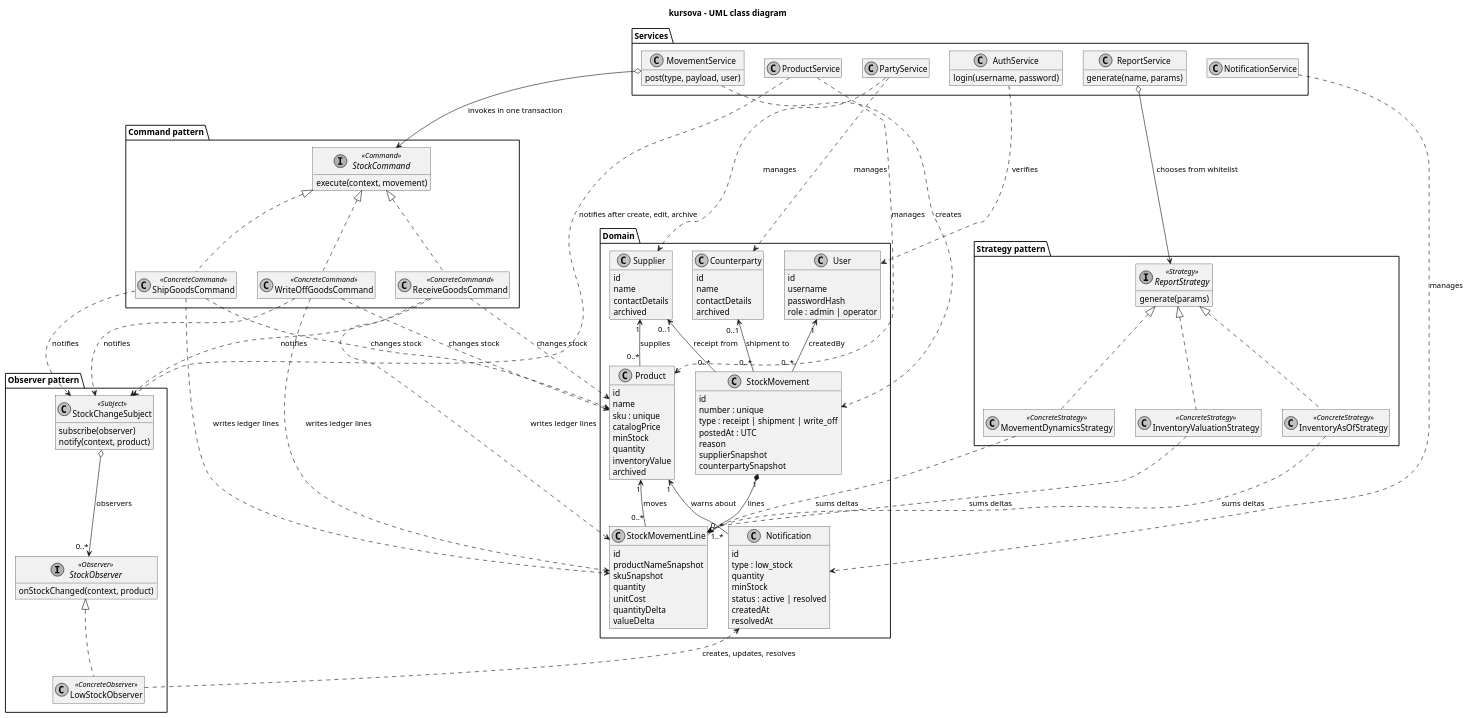
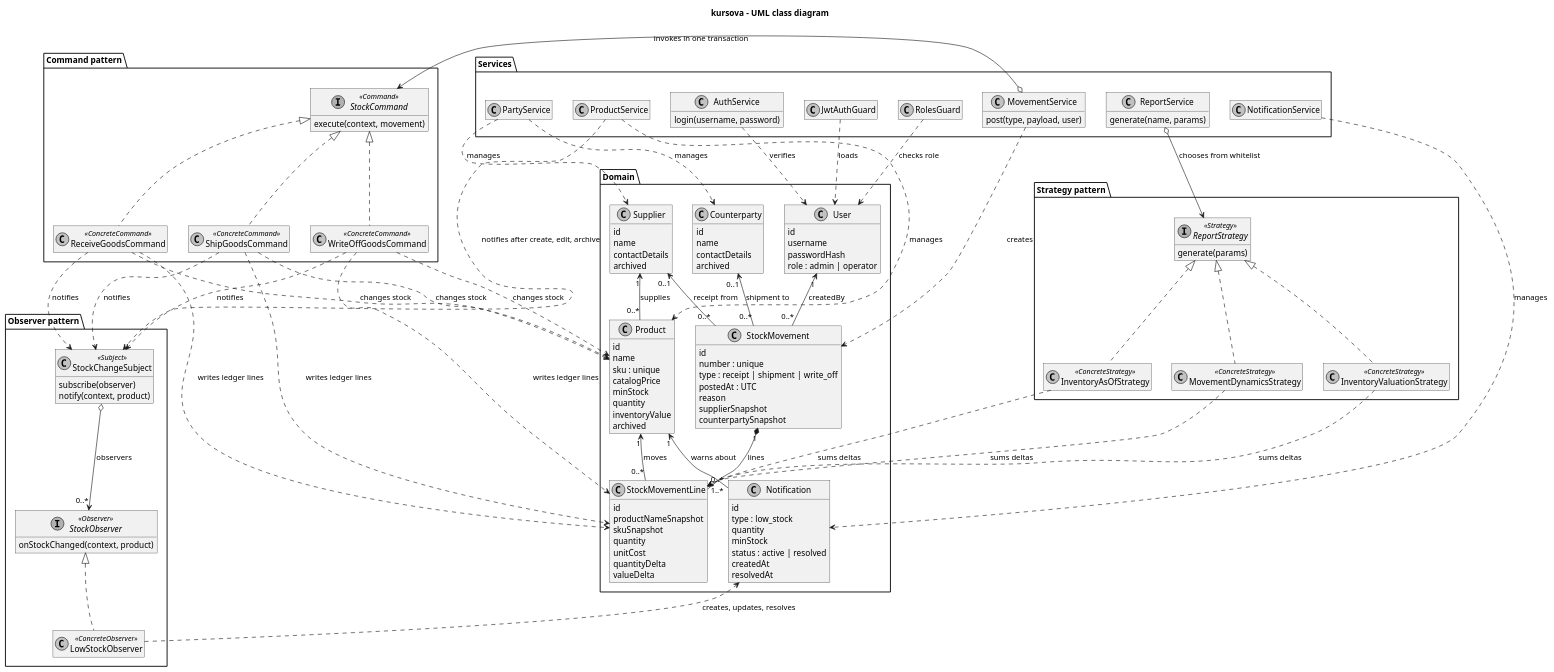
One commit to iboiko-ir/kursova-var2 changed the diagram in docs/diagrams/class-diagram.puml. Above: the diagram before and after it, drawn with PlantUML. The commit also changed 2 other files, not shown here.

Commit message:
docs: document demo accounts and tests, update class diagram

```diff
--- a/docs/diagrams/class-diagram.puml
+++ b/docs/diagrams/class-diagram.puml
@@ -1,158 +1,162 @@
 @startuml class-diagram
 title kursova - UML class diagram
 skinparam shadowing false
 skinparam monochrome true
 skinparam roundCorner 0
 skinparam classAttributeIconSize 0
 hide empty members
 
 package "Domain" {
   class User {
     id
     username
     passwordHash
     role : admin | operator
   }
 
   class Supplier {
     id
     name
     contactDetails
     archived
   }
 
   class Counterparty {
     id
     name
     contactDetails
     archived
   }
 
   class Product {
     id
     name
     sku : unique
     catalogPrice
     minStock
     quantity
     inventoryValue
     archived
   }
 
   class StockMovement {
     id
     number : unique
     type : receipt | shipment | write_off
     postedAt : UTC
     reason
     supplierSnapshot
     counterpartySnapshot
   }
 
   class StockMovementLine {
     id
     productNameSnapshot
     skuSnapshot
     quantity
     unitCost
     quantityDelta
     valueDelta
   }
 
   class Notification {
     id
     type : low_stock
     quantity
     minStock
     status : active | resolved
     createdAt
     resolvedAt
   }
 }
 
 User "1" <-- "0..*" StockMovement : createdBy
 Supplier "1" <-- "0..*" Product : supplies
 Supplier "0..1" <-- "0..*" StockMovement : receipt from
 Counterparty "0..1" <-- "0..*" StockMovement : shipment to
 StockMovement "1" *-- "1..*" StockMovementLine : lines
 Product "1" <-- "0..*" StockMovementLine : moves
 Product "1" <-- "0..*" Notification : warns about
 
 package "Services" {
   class AuthService {
     login(username, password)
   }
+  class JwtAuthGuard
+  class RolesGuard
   class ProductService
   class PartyService
   class MovementService {
     post(type, payload, user)
   }
   class NotificationService
   class ReportService {
     generate(name, params)
   }
 }
 
 MovementService ..> StockMovement : creates
 ProductService ..> Product : manages
 PartyService ..> Supplier : manages
 PartyService ..> Counterparty : manages
 NotificationService ..> Notification : manages
 AuthService ..> User : verifies
+JwtAuthGuard ..> User : loads
+RolesGuard ..> User : checks role
 
 package "Command pattern" {
   interface StockCommand <<Command>> {
     execute(context, movement)
   }
   class ReceiveGoodsCommand <<ConcreteCommand>>
   class ShipGoodsCommand <<ConcreteCommand>>
   class WriteOffGoodsCommand <<ConcreteCommand>>
 }
 
 StockCommand <|.. ReceiveGoodsCommand
 StockCommand <|.. ShipGoodsCommand
 StockCommand <|.. WriteOffGoodsCommand
 MovementService o--> StockCommand : invokes in one transaction
 ReceiveGoodsCommand ..> StockMovementLine : writes ledger lines
 ShipGoodsCommand ..> StockMovementLine : writes ledger lines
 WriteOffGoodsCommand ..> StockMovementLine : writes ledger lines
 ReceiveGoodsCommand ..> Product : changes stock
 ShipGoodsCommand ..> Product : changes stock
 WriteOffGoodsCommand ..> Product : changes stock
 
 package "Observer pattern" {
   class StockChangeSubject <<Subject>> {
     subscribe(observer)
     notify(context, product)
   }
   interface StockObserver <<Observer>> {
     onStockChanged(context, product)
   }
   class LowStockObserver <<ConcreteObserver>>
 }
 
 StockChangeSubject o--> "0..*" StockObserver : observers
 StockObserver <|.. LowStockObserver
 LowStockObserver ..> Notification : creates, updates, resolves
 ReceiveGoodsCommand ..> StockChangeSubject : notifies
 ShipGoodsCommand ..> StockChangeSubject : notifies
 WriteOffGoodsCommand ..> StockChangeSubject : notifies
 ProductService ..> StockChangeSubject : notifies after create, edit, archive
 
 package "Strategy pattern" {
   interface ReportStrategy <<Strategy>> {
     generate(params)
   }
   class InventoryAsOfStrategy <<ConcreteStrategy>>
   class MovementDynamicsStrategy <<ConcreteStrategy>>
   class InventoryValuationStrategy <<ConcreteStrategy>>
 }
 
 ReportStrategy <|.. InventoryAsOfStrategy
 ReportStrategy <|.. MovementDynamicsStrategy
 ReportStrategy <|.. InventoryValuationStrategy
 ReportService o--> ReportStrategy : chooses from whitelist
 InventoryAsOfStrategy ..> StockMovementLine : sums deltas
 MovementDynamicsStrategy ..> StockMovementLine : sums deltas
 InventoryValuationStrategy ..> StockMovementLine : sums deltas
 @enduml
```
